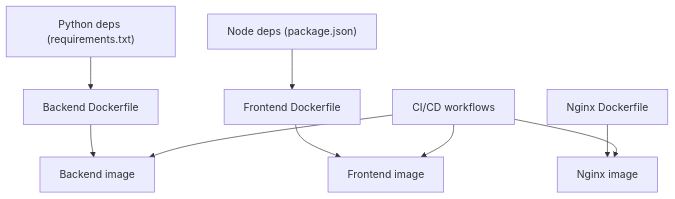
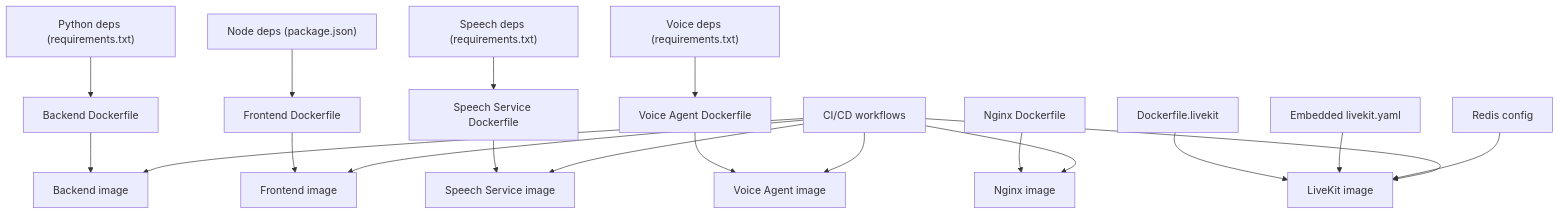
Diagram 11 of 12 in .qoder/repowiki/en/content/Deployment & DevOps/Docker Configuration.md (Revanththetalogics/aireume), drawn with Mermaid before and after one commit. The commit also changed other lines of this file and 39 other files, not shown here.

````diff
--- a/.qoder/repowiki/en/content/Deployment & DevOps/Docker Configuration.md
+++ b/.qoder/repowiki/en/content/Deployment & DevOps/Docker Configuration.md
@@ -312,11 +483,21 @@
 ```mermaid
 graph TB
 PyDeps["Python deps (requirements.txt)"] --> BackendDF["Backend Dockerfile"]
 NodeDeps["Node deps (package.json)"] --> FrontendDF["Frontend Dockerfile"]
+SpeechDeps["Speech deps (requirements.txt)"] --> SpeechDF["Speech Service Dockerfile"]
+VoiceDeps["Voice deps (requirements.txt)"] --> VoiceDF["Voice Agent Dockerfile"]
 BackendDF --> BackendImg["Backend image"]
 FrontendDF --> FrontendImg["Frontend image"]
+SpeechDF --> SpeechImg["Speech Service image"]
+VoiceDF --> VoiceImg["Voice Agent image"]
 NginxDF["Nginx Dockerfile"] --> NginxImg["Nginx image"]
+LiveKitDF["Dockerfile.livekit"] --> LiveKitImg["LiveKit image"]
+LiveKitCfg["Embedded livekit.yaml"] --> LiveKitImg
+RedisCfg["Redis config"] --> LiveKitImg
 CI["CI/CD workflows"] --> BackendImg
 CI --> FrontendImg
+CI --> SpeechImg
+CI --> VoiceImg
 CI --> NginxImg
+CI --> LiveKitImg
 ```
````
